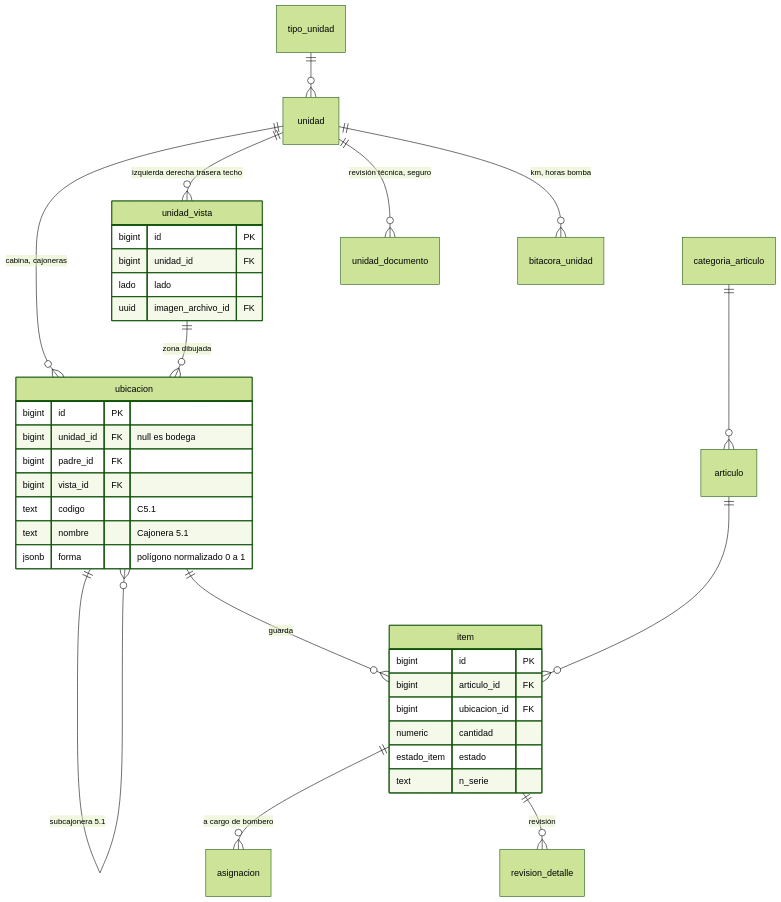
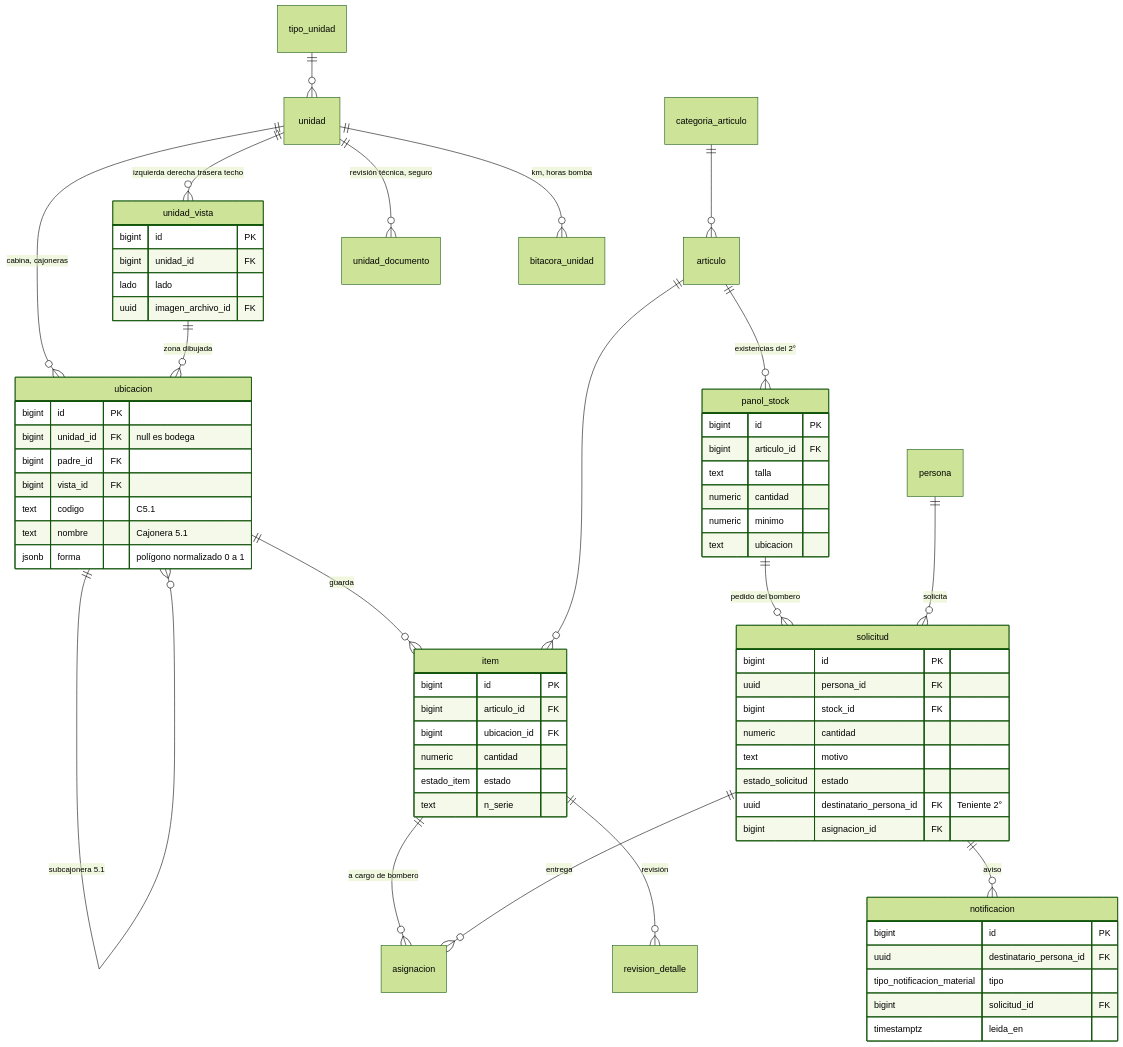
Before and after one commit to SlippinJunior/CuartelOS: the diagram in docs/datos/er-material.md, drawn with Mermaid (forest theme). The commit also changed other lines of this file and 9 other files, not shown here.

Commit message:
Agrega el pañol del Teniente 2° y las solicitudes de material

````diff
--- a/docs/datos/er-material.md
+++ b/docs/datos/er-material.md
@@ -3,39 +3,69 @@
 ```mermaid
 erDiagram
   tipo_unidad ||--o{ unidad : ""
   unidad ||--o{ unidad_vista : "izquierda derecha trasera techo"
   unidad ||--o{ ubicacion : "cabina, cajoneras"
   unidad_vista ||--o{ ubicacion : "zona dibujada"
   ubicacion ||--o{ ubicacion : "subcajonera 5.1"
   ubicacion ||--o{ item : guarda
   articulo ||--o{ item : ""
   categoria_articulo ||--o{ articulo : ""
   unidad ||--o{ unidad_documento : "revisión técnica, seguro"
   unidad ||--o{ bitacora_unidad : "km, horas bomba"
   item ||--o{ asignacion : "a cargo de bombero"
   item ||--o{ revision_detalle : "revisión"
+  articulo ||--o{ panol_stock : "existencias del 2°"
+  panol_stock ||--o{ solicitud : "pedido del bombero"
+  solicitud ||--o{ notificacion : "aviso"
+  solicitud ||--o{ asignacion : "entrega"
+  persona ||--o{ solicitud : "solicita"
 
   unidad_vista {
     bigint id PK
     bigint unidad_id FK
     lado lado
     uuid imagen_archivo_id FK
   }
   ubicacion {
     bigint id PK
     bigint unidad_id FK "null es bodega"
     bigint padre_id FK
     bigint vista_id FK
     text codigo "C5.1"
     text nombre "Cajonera 5.1"
     jsonb forma "polígono normalizado 0 a 1"
   }
   item {
     bigint id PK
     bigint articulo_id FK
     bigint ubicacion_id FK
     numeric cantidad
     estado_item estado
     text n_serie
   }
+  panol_stock {
+    bigint id PK
+    bigint articulo_id FK
+    text talla
+    numeric cantidad
+    numeric minimo
+    text ubicacion
+  }
+  solicitud {
+    bigint id PK
+    uuid persona_id FK
+    bigint stock_id FK
+    numeric cantidad
+    text motivo
+    estado_solicitud estado
+    uuid destinatario_persona_id FK "Teniente 2°"
+    bigint asignacion_id FK
+  }
+  notificacion {
+    bigint id PK
+    uuid destinatario_persona_id FK
+    tipo_notificacion_material tipo
+    bigint solicitud_id FK
+    timestamptz leida_en
+  }
 ```
````
